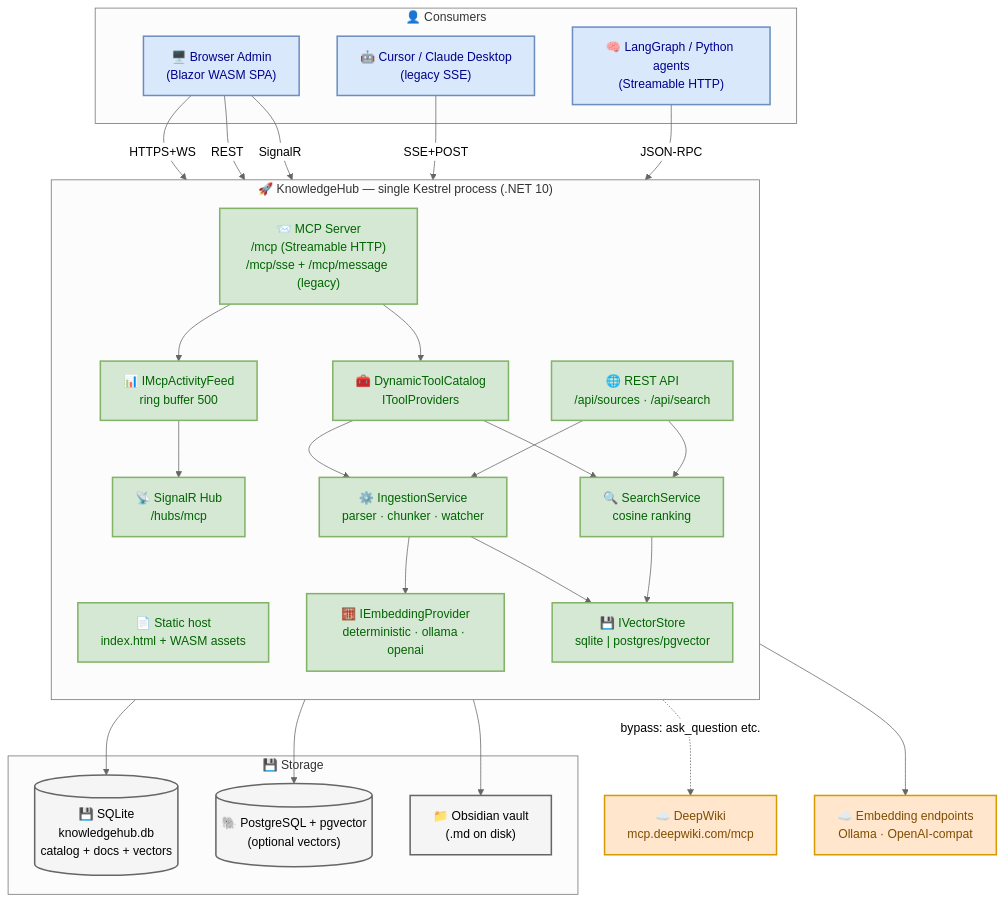
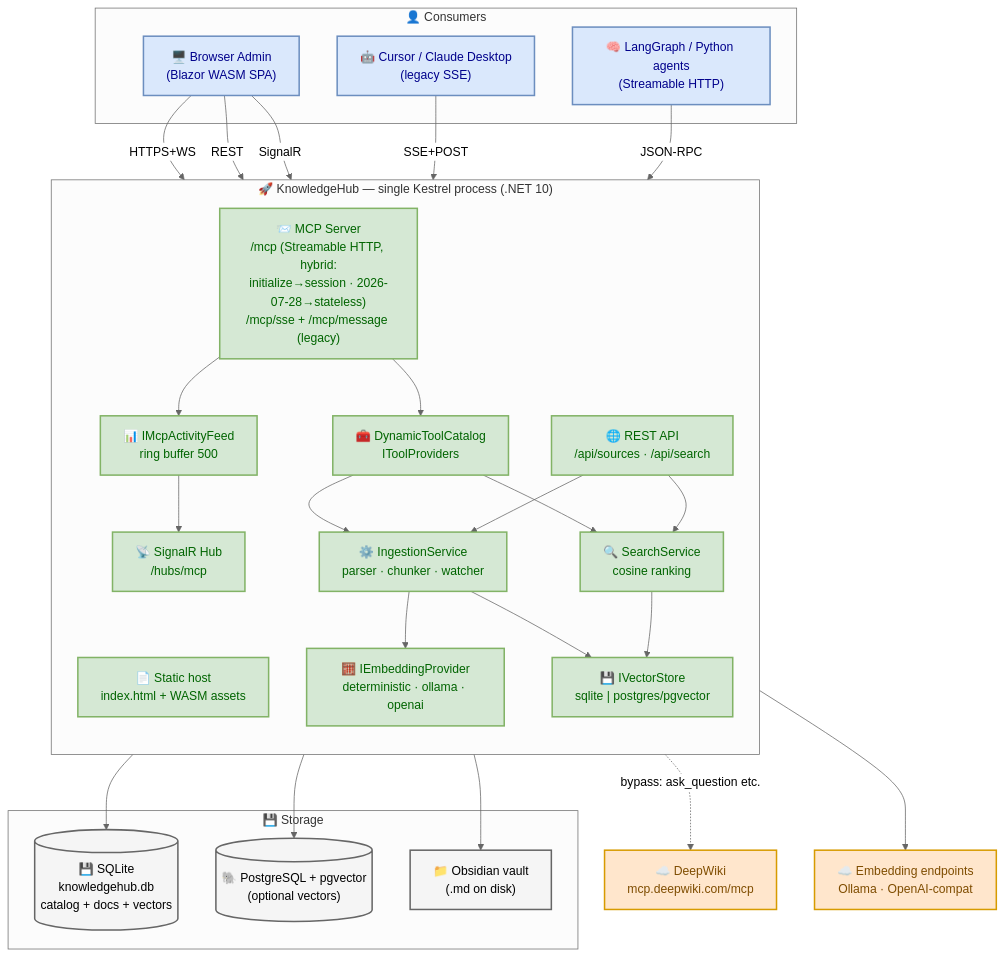
The diagram in docs/architecture/knowledge-hub_context_container.mmd (afonsoft/LangGraph-UI), drawn with Mermaid before and after one commit. The commit also changed 4 other files, not shown here.

First line of the commit message:
docs: mark SPEC-20260918-mcp-v2-hybrid Done + arch diagrams + orchestrator memory

```diff
--- a/docs/architecture/knowledge-hub_context_container.mmd
+++ b/docs/architecture/knowledge-hub_context_container.mmd
@@ -1,61 +1,61 @@
 %%{init: {'theme':'neutral'}}%%
 flowchart TB
     subgraph Clients["👤 Consumers"]
         UI["🖥️ Browser Admin<br/>(Blazor WASM SPA)"]
         CUR["🤖 Cursor / Claude Desktop<br/>(legacy SSE)"]
         AG["🧠 LangGraph / Python agents<br/>(Streamable HTTP)"]
     end
 
     subgraph KH["🚀 KnowledgeHub — single Kestrel process (.NET 10)"]
         direction TB
         SPA["📄 Static host<br/>index.html + WASM assets"]
         API["🌐 REST API<br/>/api/sources · /api/search"]
-        MCP["📨 MCP Server<br/>/mcp (Streamable HTTP)<br/>/mcp/sse + /mcp/message (legacy)"]
+        MCP["📨 MCP Server<br/>/mcp (Streamable HTTP, hybrid:<br/>initialize→session · 2026-07-28→stateless)<br/>/mcp/sse + /mcp/message (legacy)"]
         HUB["📡 SignalR Hub<br/>/hubs/mcp"]
         CAT["🧰 DynamicToolCatalog<br/>IToolProviders"]
         ING["⚙️ IngestionService<br/>parser · chunker · watcher"]
         SRCH["🔍 SearchService<br/>cosine ranking"]
         EMB["🧮 IEmbeddingProvider<br/>deterministic · ollama · openai"]
         VEC["💾 IVectorStore<br/>sqlite | postgres/pgvector"]
         FEED["📊 IMcpActivityFeed<br/>ring buffer 500"]
     end
 
     subgraph Stores["💾 Storage"]
         SQL[("💾 SQLite<br/>knowledgehub.db<br/>catalog + docs + vectors")]
         PG[("🐘 PostgreSQL + pgvector<br/>(optional vectors)")]
         VAULT["📁 Obsidian vault<br/>(.md on disk)"]
     end
 
     DW["☁️ DeepWiki<br/>mcp.deepwiki.com/mcp"]
     LLM["☁️ Embedding endpoints<br/>Ollama · OpenAI-compat"]
 
     UI -->|HTTPS+WS| SPA
     UI -->|REST| API
     UI -->|SignalR| HUB
     CUR -->|SSE+POST| MCP
     AG -->|JSON-RPC| MCP
 
     MCP --> CAT
     MCP --> FEED
     FEED --> HUB
     CAT --> SRCH
     CAT --> ING
     API --> SRCH
     API --> ING
     ING --> EMB
     ING --> VAULT
     ING --> VEC
     SRCH --> VEC
     VEC --> SQL
     VEC --> PG
     EMB --> LLM
     CAT -.->|bypass: ask_question etc.| DW
 
     classDef client fill:#dae8fc,stroke:#6c8ebf,stroke-width:2px,color:darkblue
     classDef core fill:#d5e8d4,stroke:#82b366,stroke-width:2px,color:darkgreen
     classDef store fill:#f5f5f5,stroke:#666666,stroke-width:2px,color:black
     classDef ext fill:#ffe6cc,stroke:#d79b00,stroke-width:2px,color:#7f4d00
     class UI,CUR,AG client
     class SPA,API,MCP,HUB,CAT,ING,SRCH,EMB,VEC,FEED core
     class SQL,PG,VAULT store
     class DW,LLM ext
```
